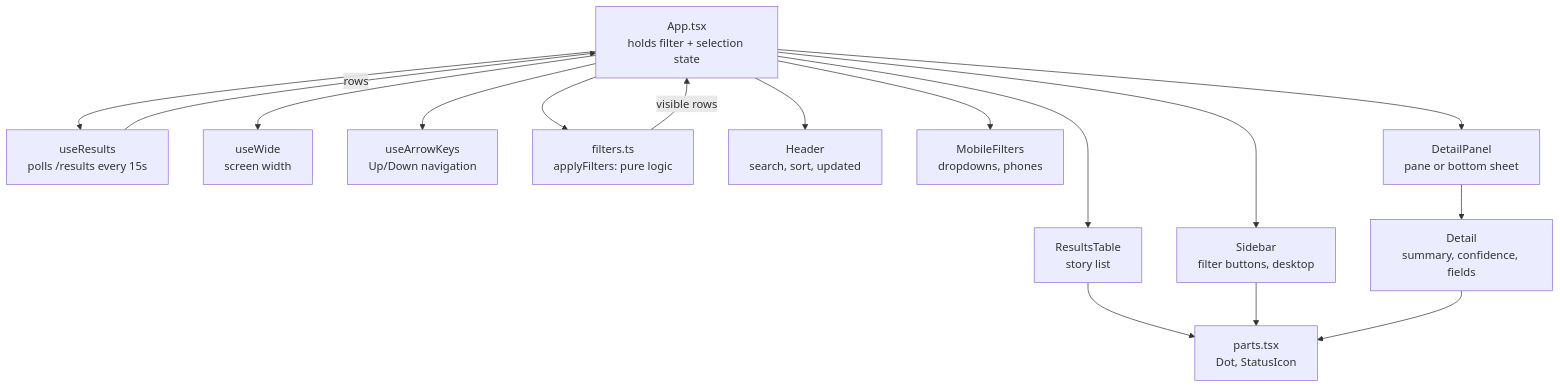
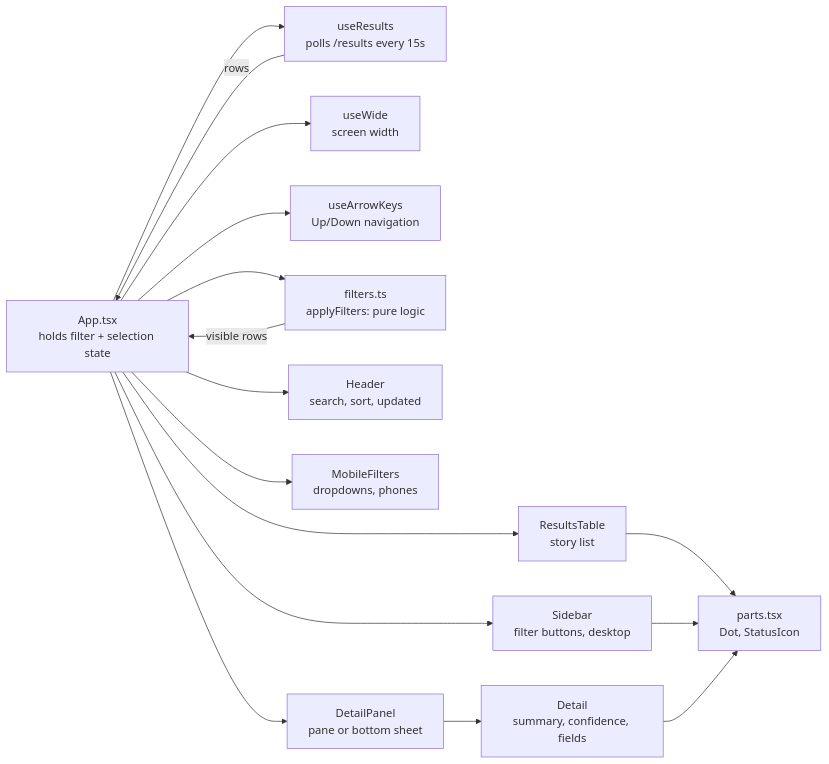
The third of 3 diagrams in README.md (echen9104/fde-takehome), drawn with Mermaid before and after one commit. The commit also changed other lines of this file and 2 other files, not shown here.

Commit message:
Diagrams: render at real size with larger text, simplify system flow layout

````diff
--- a/README.md
+++ b/README.md
@@ -82,19 +73,19 @@
 ```mermaid
-flowchart TD
+flowchart LR
     APP["App.tsx<br/>holds filter + selection state"]
     APP --> H1[useResults<br/>polls /results every 15s]
     APP --> H2[useWide<br/>screen width]
     APP --> H3[useArrowKeys<br/>Up/Down navigation]
     APP --> FL[filters.ts<br/>applyFilters: pure logic]
     APP --> HD[Header<br/>search, sort, updated]
     APP --> MF[MobileFilters<br/>dropdowns, phones]
     APP --> SB[Sidebar<br/>filter buttons, desktop]
     APP --> RT[ResultsTable<br/>story list]
     APP --> DP[DetailPanel<br/>pane or bottom sheet]
     DP --> DT[Detail<br/>summary, confidence, fields]
     RT --> PT[parts.tsx<br/>Dot, StatusIcon]
     SB --> PT
     DT --> PT
     H1 -->|rows| APP
     FL -->|visible rows| APP
 ```
````
